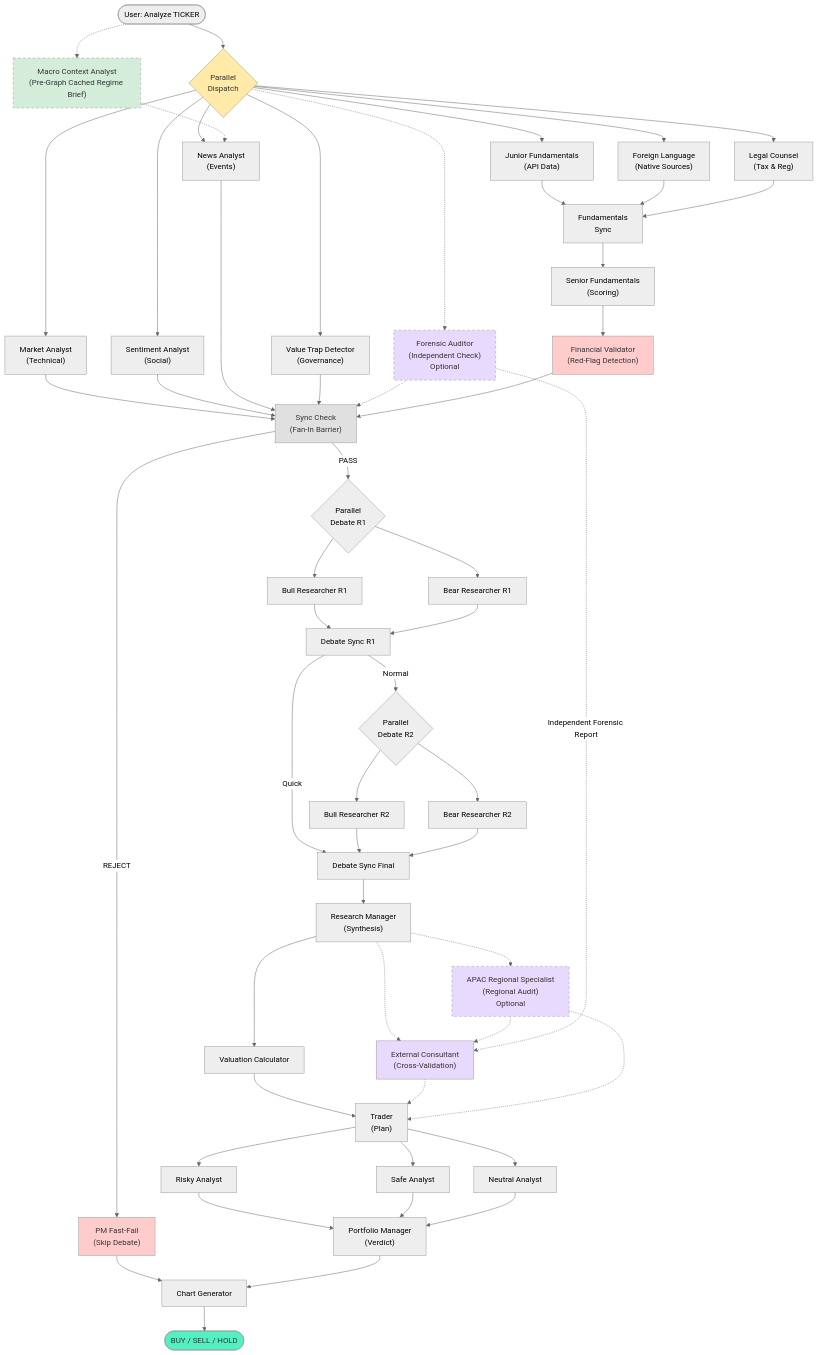
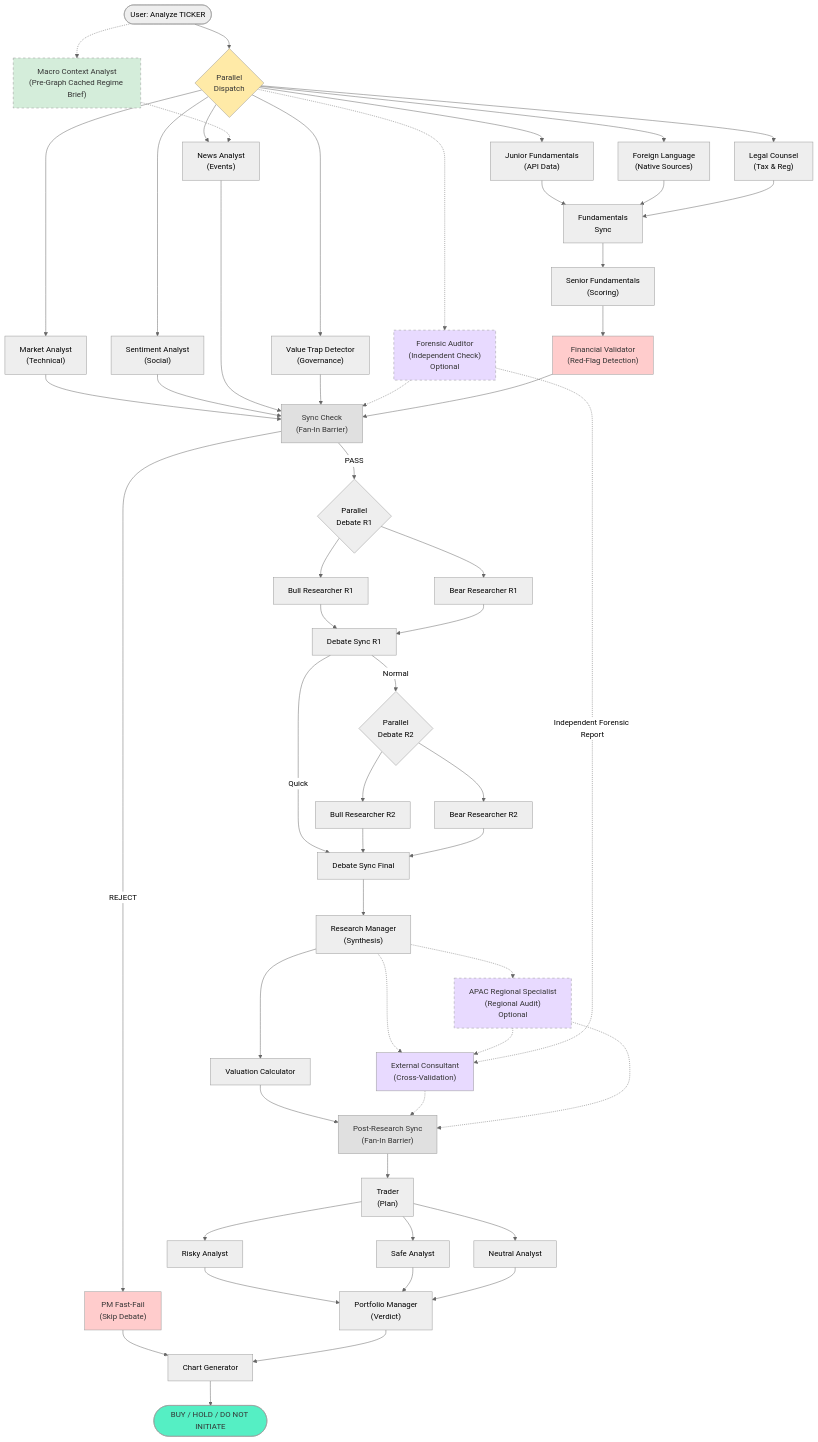
Before and after one commit to rgoerwit/ai-investment-agent: the diagram in README.md, drawn with Mermaid (neutral theme). The commit also changed other lines of this file and 166 other files, not shown here.

````diff
--- a/README.md
+++ b/README.md
@@ -33,79 +33,82 @@
 ```mermaid
 graph TB
     Start(["User: Analyze TICKER"]) --> Dispatcher{"Parallel<br/>Dispatch"}
     Start -.-> MacroCtx["Macro Context Analyst<br/>(Pre-Graph Cached Regime Brief)"]
 
     Dispatcher --> MarketAnalyst["Market Analyst<br/>(Technical)"]
     Dispatcher --> SentimentAnalyst["Sentiment Analyst<br/>(Social)"]
     Dispatcher --> NewsAnalyst["News Analyst<br/>(Events)"]
     Dispatcher --> JuniorFund["Junior Fundamentals<br/>(API Data)"]
     Dispatcher --> ForeignLang["Foreign Language<br/>(Native Sources)"]
     Dispatcher --> LegalCounsel["Legal Counsel<br/>(Tax & Reg)"]
     Dispatcher --> ValueTrap["Value Trap Detector<br/>(Governance)"]
     Dispatcher -.-> Auditor["Forensic Auditor<br/>(Independent Check)<br/>Optional"]
 
     MacroCtx -.-> NewsAnalyst
 
     MarketAnalyst --> SyncCheck["Sync Check<br/>(Fan-In Barrier)"]
     SentimentAnalyst --> SyncCheck
     NewsAnalyst --> SyncCheck
     ValueTrap --> SyncCheck
     Auditor -.-> SyncCheck
 
     JuniorFund --> FundSync["Fundamentals<br/>Sync"]
     ForeignLang --> FundSync
     LegalCounsel --> FundSync
     FundSync --> SeniorFund["Senior Fundamentals<br/>(Scoring)"]
     SeniorFund --> Validator["Financial Validator<br/>(Red-Flag Detection)"]
     Validator --> SyncCheck
 
     SyncCheck -->|"REJECT"| PMFastFail["PM Fast-Fail<br/>(Skip Debate)"]
     SyncCheck -->|"PASS"| DebateR1{"Parallel<br/>Debate R1"}
 
     DebateR1 --> BullR1["Bull Researcher R1"]
     DebateR1 --> BearR1["Bear Researcher R1"]
     BullR1 --> DebateSyncR1["Debate Sync R1"]
     BearR1 --> DebateSyncR1
 
     DebateSyncR1 -->|"Normal"| DebateR2{"Parallel<br/>Debate R2"}
     DebateSyncR1 -->|"Quick"| DebateSyncFinal["Debate Sync Final"]
 
     DebateR2 --> BullR2["Bull Researcher R2"]
     DebateR2 --> BearR2["Bear Researcher R2"]
     BullR2 --> DebateSyncFinal
     BearR2 --> DebateSyncFinal
 
     DebateSyncFinal --> ResearchManager["Research Manager<br/>(Synthesis)"]
     ResearchManager --> ValuationCalc["Valuation Calculator"]
     ResearchManager -.-> APACSpecialist["APAC Regional Specialist<br/>(Regional Audit)<br/>Optional"]
     ResearchManager -.-> Consultant["External Consultant<br/>(Cross-Validation)"]
     APACSpecialist -.-> Consultant
     Auditor -.->|Independent Forensic Report| Consultant
 
-    ValuationCalc --> Trader["Trader<br/>(Plan)"]
-    Consultant -.-> Trader
-    APACSpecialist -.-> Trader
+    ValuationCalc --> PostSync["Post-Research Sync<br/>(Fan-In Barrier)"]
+    Consultant -.-> PostSync
+    APACSpecialist -.-> PostSync
+
+    PostSync --> Trader["Trader<br/>(Plan)"]
 
     Trader --> RiskyAnalyst["Risky Analyst"]
     Trader --> SafeAnalyst["Safe Analyst"]
     Trader --> NeutralAnalyst["Neutral Analyst"]
 
     RiskyAnalyst --> PortfolioManager["Portfolio Manager<br/>(Verdict)"]
     SafeAnalyst --> PortfolioManager
     NeutralAnalyst --> PortfolioManager
 
     PMFastFail --> ChartGen["Chart Generator"]
     PortfolioManager --> ChartGen
 
-    ChartGen --> Decision(["BUY / SELL / HOLD"])
+    ChartGen --> Decision(["BUY / HOLD / DO NOT INITIATE"])
 
     style Dispatcher fill:#ffeaa7,color:#333
     style MacroCtx fill:#d4edda,color:#333,stroke-dasharray: 5 5
     style SyncCheck fill:#e0e0e0,color:#333
+    style PostSync fill:#e0e0e0,color:#333
     style Validator fill:#ffcccc,color:#333
     style APACSpecialist fill:#e8daff,color:#333,stroke-dasharray: 5 5
     style Consultant fill:#e8daff,color:#333
     style Auditor fill:#e8daff,color:#333,stroke-dasharray: 5 5
     style PMFastFail fill:#ffcccc,color:#333
     style Decision fill:#55efc4,color:#333
 ```
````
